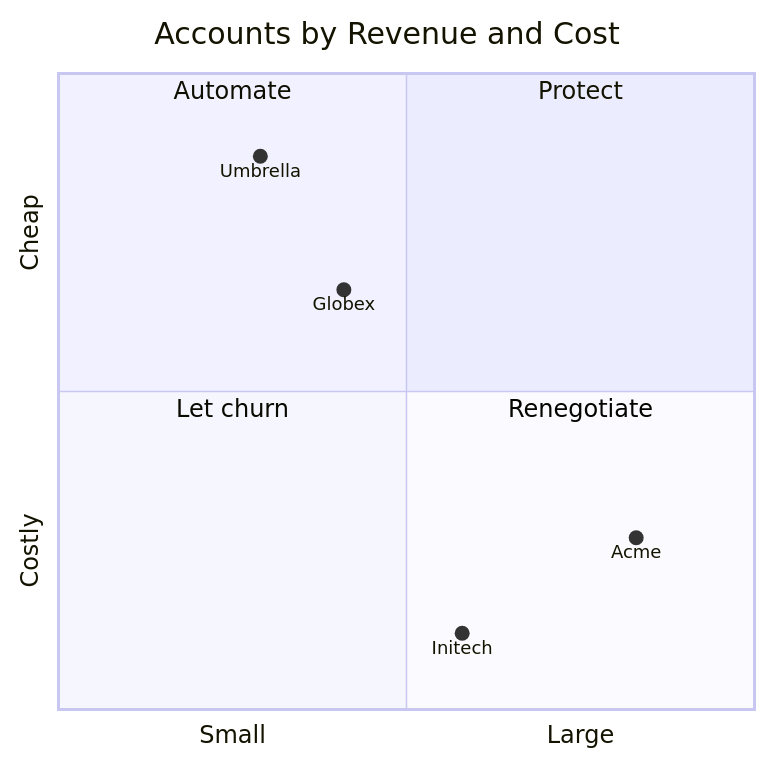
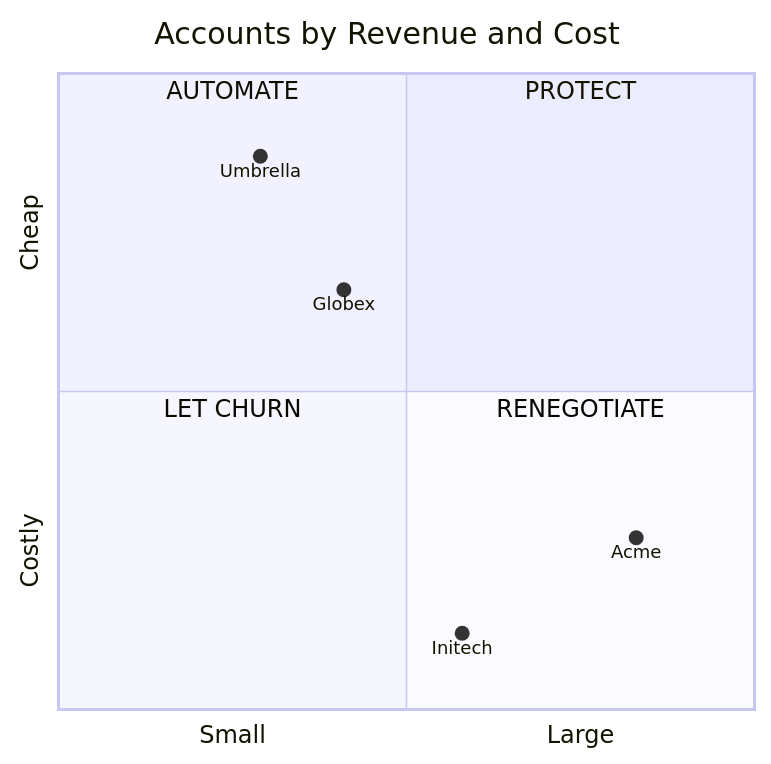
Before and after one commit to MacHu-GWU/shsk_mermaid_styles-project: the fourth of 4 diagrams in .claude/skills/mermaid-styles/skills/explainer-diagrams/ref/patterns/quadrant.md, drawn with Mermaid. The commit also changed other lines of this file, not shown here.

````diff
--- a/.claude/skills/mermaid-styles/skills/explainer-diagrams/ref/patterns/quadrant.md
+++ b/.claude/skills/mermaid-styles/skills/explainer-diagrams/ref/patterns/quadrant.md
@@ -250,14 +265,15 @@
 ```mermaid
+%%{init: {"quadrantChart": {"xAxisPosition": "bottom"}}}%%
 quadrantChart
     title Accounts by Revenue and Cost
     x-axis Small --> Large
     y-axis Costly --> Cheap
-    quadrant-1 Protect
-    quadrant-2 Automate
-    quadrant-3 Let churn
-    quadrant-4 Renegotiate
+    quadrant-1 PROTECT
+    quadrant-2 AUTOMATE
+    quadrant-3 LET CHURN
+    quadrant-4 RENEGOTIATE
     Acme: [0.83, 0.27]
     Globex: [0.41, 0.66]
     Initech: [0.58, 0.12]
     Umbrella: [0.29, 0.87]
 ```
````
